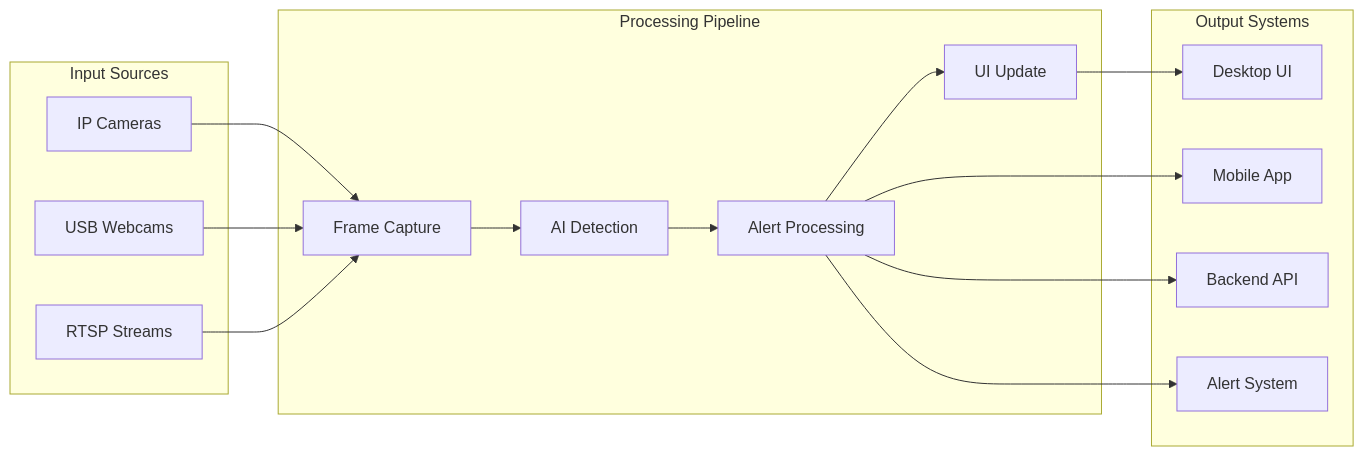
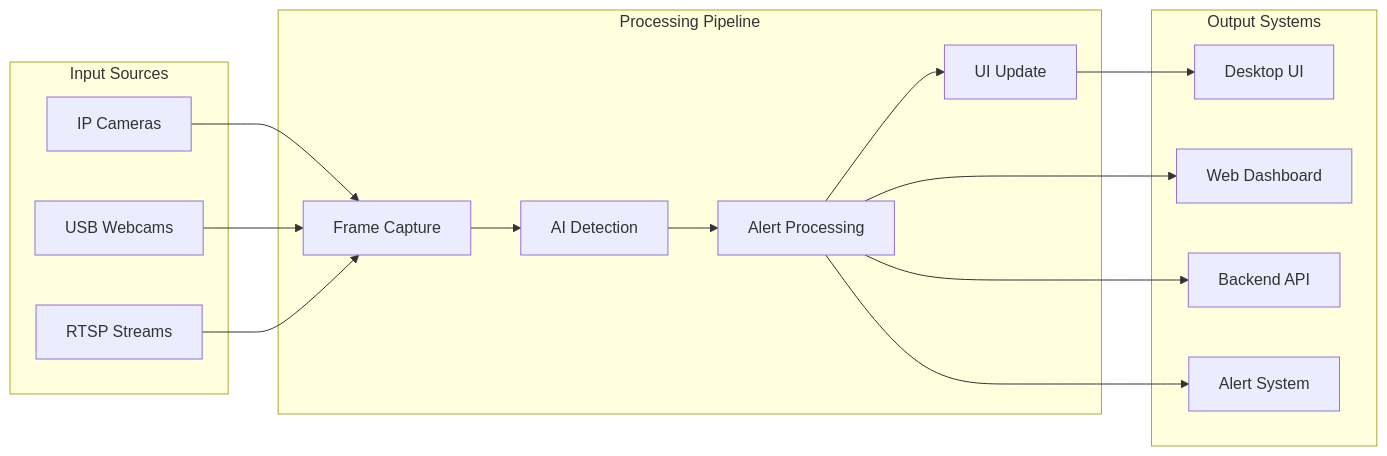
The second of 3 diagrams in software/README.md (AkashdeepG-FOC/firevision_sql), drawn with Mermaid before and after one commit. The commit also changed other lines of this file and 18 other files, not shown here.

````diff
--- a/software/README.md
+++ b/software/README.md
@@ -86,33 +85,33 @@
 ```mermaid
 flowchart LR
     subgraph "Input Sources"
         A1[IP Cameras]
         A2[USB Webcams]
         A3[RTSP Streams]
     end
     
     subgraph "Processing Pipeline"
         B1[Frame Capture]
         B2[AI Detection]
         B3[Alert Processing]
         B4[UI Update]
     end
     
     subgraph "Output Systems"
         C1[Desktop UI]
-        C2[Mobile App]
+        C2[Web Dashboard]
         C3[Backend API]
         C4[Alert System]
     end
     
     A1 --> B1
     A2 --> B1
     A3 --> B1
     B1 --> B2
     B2 --> B3
     B3 --> B4
     B4 --> C1
     B3 --> C2
     B3 --> C3
     B3 --> C4
 ```
````
